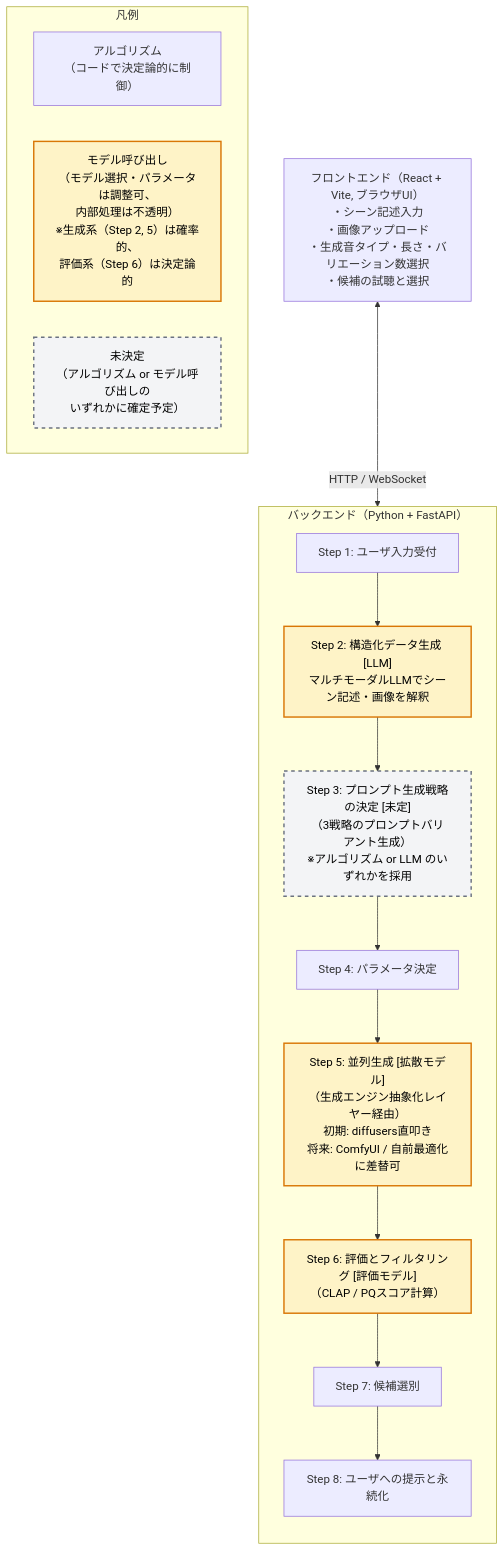
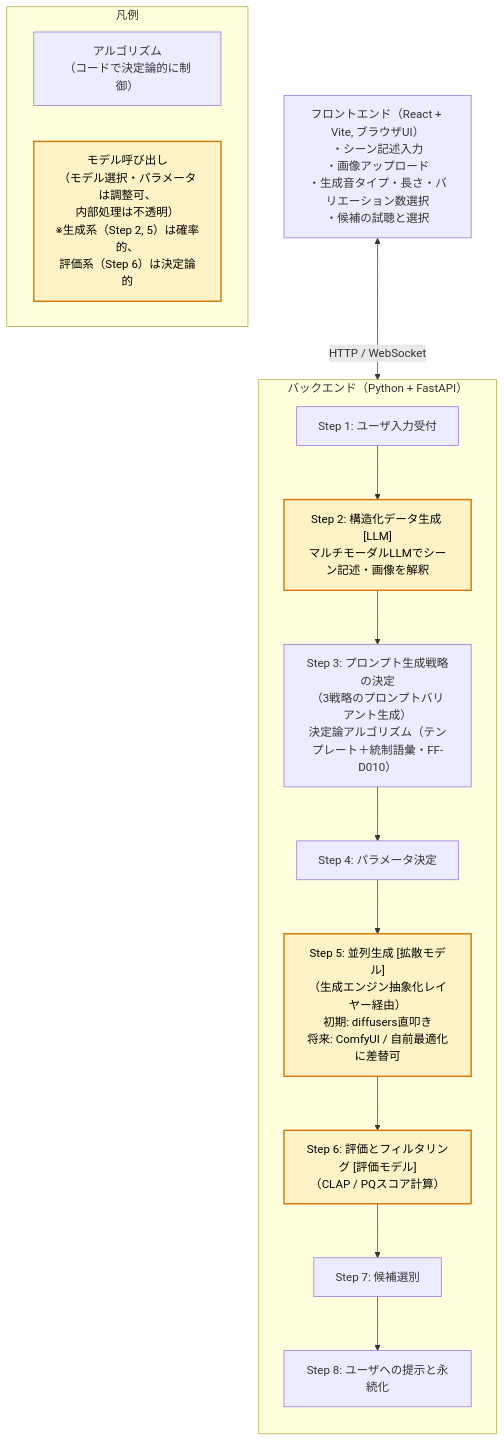
The diagram in docs/foley-forge-dev.md (mgmaru/foley-forge-prototype), drawn with Mermaid before and after one commit. The commit also changed other lines of this file and 3 other files, not shown here.

````diff
--- a/docs/foley-forge-dev.md
+++ b/docs/foley-forge-dev.md
@@ -84,30 +84,29 @@
 ```mermaid
 flowchart TD
     FE["フロントエンド（React + Vite, ブラウザUI）<br/>・シーン記述入力<br/>・画像アップロード<br/>・生成音タイプ・長さ・バリエーション数選択<br/>・候補の試聴と選択"]
 
     FE <-->|HTTP / WebSocket| BE
 
     subgraph BE["バックエンド（Python + FastAPI）"]
         direction TB
         S1["Step 1: ユーザ入力受付"]
         S2["Step 2: 構造化データ生成 [LLM]<br/>マルチモーダルLLMでシーン記述・画像を解釈"]:::blackbox
-        S3["Step 3: プロンプト生成戦略の決定 [未定]<br/>（3戦略のプロンプトバリアント生成）<br/>※アルゴリズム or LLM のいずれかを採用"]:::undecided
+        S3["Step 3: プロンプト生成戦略の決定<br/>（3戦略のプロンプトバリアント生成）<br/>決定論アルゴリズム（テンプレート＋統制語彙・FF-D010）"]
         S4["Step 4: パラメータ決定"]
         S5["Step 5: 並列生成 [拡散モデル]<br/>（生成エンジン抽象化レイヤー経由）<br/>初期: diffusers直叩き<br/>将来: ComfyUI / 自前最適化に差替可"]:::blackbox
         S6["Step 6: 評価とフィルタリング [評価モデル]<br/>（CLAP / PQスコア計算）"]:::blackbox
         S7["Step 7: 候補選別"]
         S8["Step 8: ユーザへの提示と永続化"]
 
         S1 --> S2 --> S3 --> S4 --> S5 --> S6 --> S7 --> S8
     end
 
     subgraph Legend["凡例"]
         direction LR
         L1["アルゴリズム<br/>（コードで決定論的に制御）"]
         L2["モデル呼び出し<br/>（モデル選択・パラメータは調整可、<br/>内部処理は不透明）<br/>※生成系（Step 2, 5）は確率的、<br/>評価系（Step 6）は決定論的"]:::blackbox
-        L3["未決定<br/>（アルゴリズム or モデル呼び出しの<br/>いずれかに確定予定）"]:::undecided
     end
 
     classDef blackbox fill:#fef3c7,stroke:#d97706,stroke-width:2px,color:#000
     classDef undecided fill:#f3f4f6,stroke:#6b7280,stroke-width:2px,stroke-dasharray:5 5,color:#000
 ```
````
